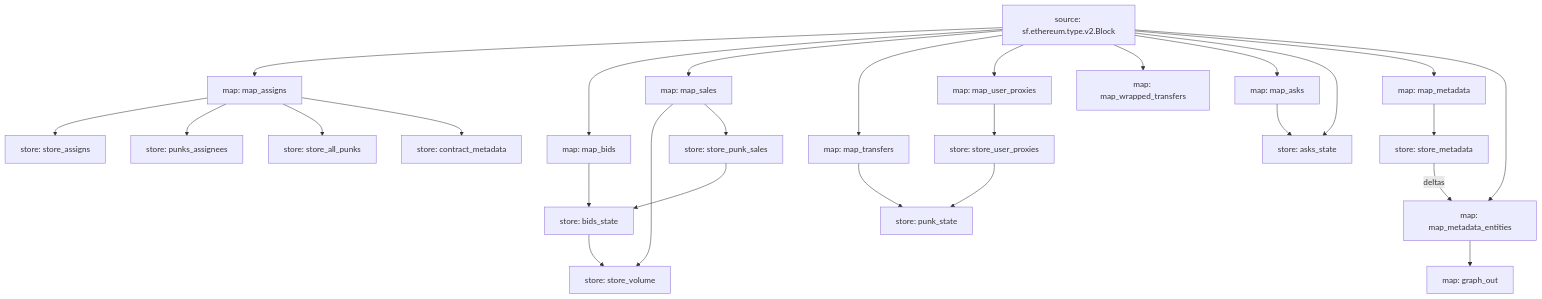
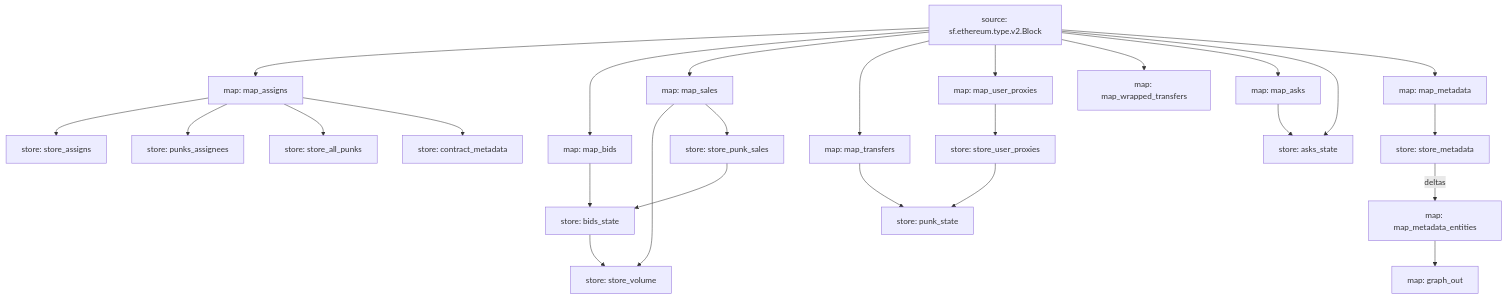
One commit to itsjerryokolo/cryptopunks_substreams changed the diagram in README.md. Above: the diagram before and after it, drawn with Mermaid. The commit also changed 5 other files, not shown here.

````diff
--- a/README.md
+++ b/README.md
@@ -3,50 +3,49 @@
 ```mermaid
 graph TD;
   map_assigns[map: map_assigns]
   sf.ethereum.type.v2.Block[source: sf.ethereum.type.v2.Block] --> map_assigns
   store_assigns[store: store_assigns]
   map_assigns --> store_assigns
   punks_assignees[store: punks_assignees]
   map_assigns --> punks_assignees
   map_bids[map: map_bids]
   sf.ethereum.type.v2.Block[source: sf.ethereum.type.v2.Block] --> map_bids
   bids_state[store: bids_state]
   map_bids --> bids_state
   store_punk_sales --> bids_state
   store_all_punks[store: store_all_punks]
   map_assigns --> store_all_punks
   store_volume[store: store_volume]
   map_sales --> store_volume
   bids_state --> store_volume
   store_punk_sales[store: store_punk_sales]
   map_sales --> store_punk_sales
   map_sales[map: map_sales]
   sf.ethereum.type.v2.Block[source: sf.ethereum.type.v2.Block] --> map_sales
   map_transfers[map: map_transfers]
   sf.ethereum.type.v2.Block[source: sf.ethereum.type.v2.Block] --> map_transfers
   punk_state[store: punk_state]
   map_transfers --> punk_state
   store_user_proxies --> punk_state
   map_user_proxies[map: map_user_proxies]
   sf.ethereum.type.v2.Block[source: sf.ethereum.type.v2.Block] --> map_user_proxies
   map_wrapped_transfers[map: map_wrapped_transfers]
   sf.ethereum.type.v2.Block[source: sf.ethereum.type.v2.Block] --> map_wrapped_transfers
   store_user_proxies[store: store_user_proxies]
   map_user_proxies --> store_user_proxies
   map_asks[map: map_asks]
   sf.ethereum.type.v2.Block[source: sf.ethereum.type.v2.Block] --> map_asks
   asks_state[store: asks_state]
   map_asks --> asks_state
   sf.ethereum.type.v2.Block[source: sf.ethereum.type.v2.Block] --> asks_state
   contract_metadata[store: contract_metadata]
   map_assigns --> contract_metadata
   map_metadata[map: map_metadata]
   sf.ethereum.type.v2.Block[source: sf.ethereum.type.v2.Block] --> map_metadata
   store_metadata[store: store_metadata]
   map_metadata --> store_metadata
   map_metadata_entities[map: map_metadata_entities]
-  sf.ethereum.type.v2.Block[source: sf.ethereum.type.v2.Block] --> map_metadata_entities
   store_metadata -- deltas --> map_metadata_entities
   graph_out[map: graph_out]
   map_metadata_entities --> graph_out
 ```
````
